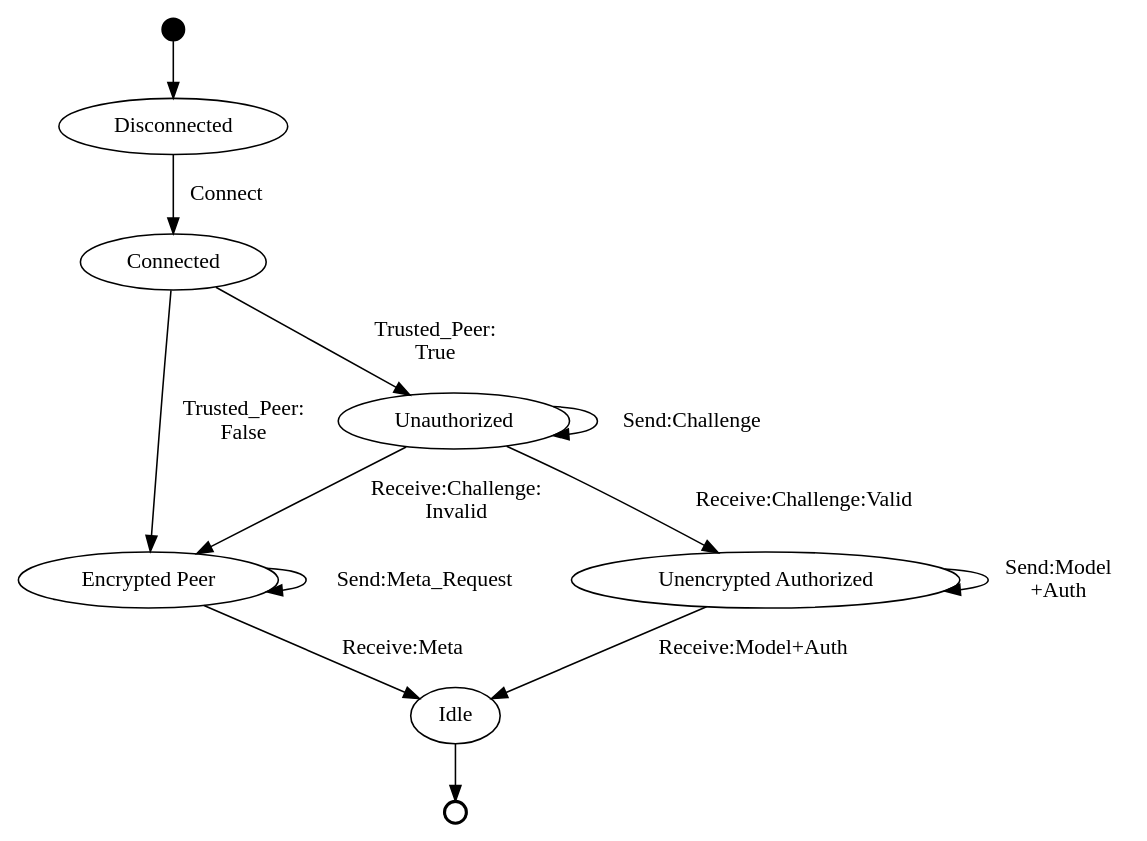
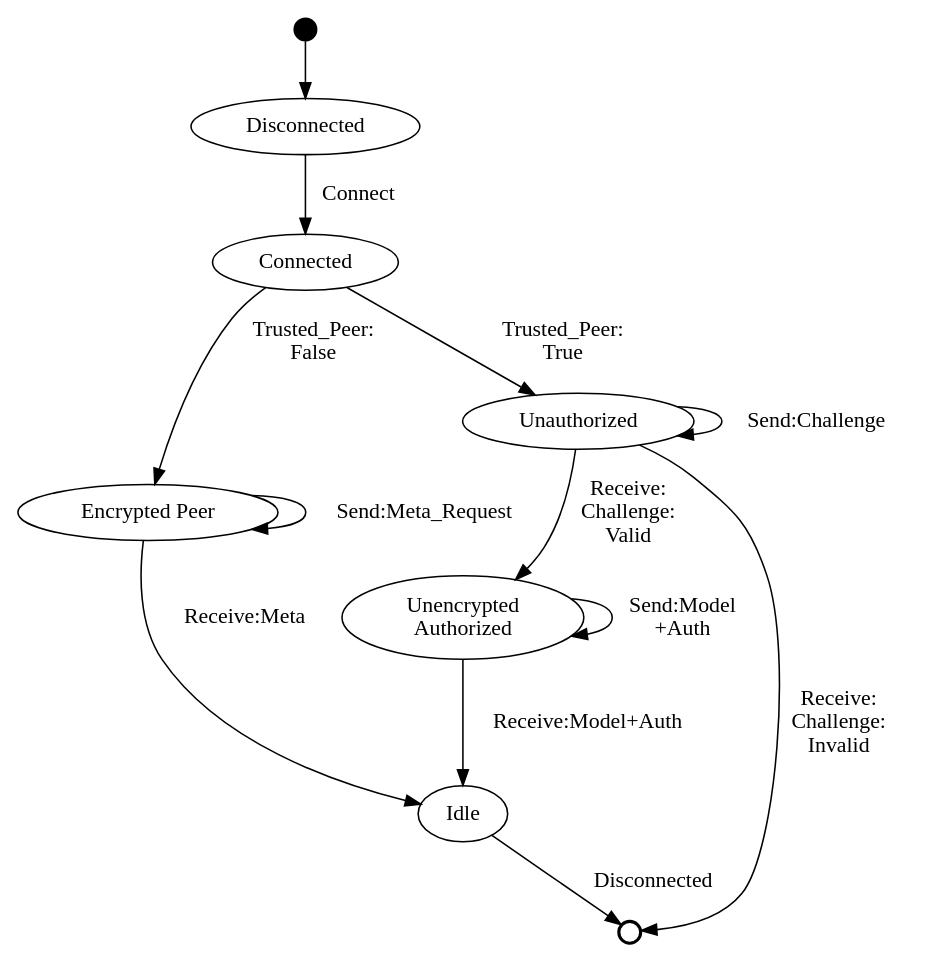
Before and after one commit to xamino/master_thesis: the diagram in graph/sm_peer_communications.dot, drawn with Graphviz. The commit also changed 5 other files, not shown here.

```diff
--- a/graph/sm_peer_communications.dot
+++ b/graph/sm_peer_communications.dot
@@ -1,24 +1,24 @@
 digraph statemachine {
     // label
     start [shape="point" width="0.2"];
     a [label="Disconnected"];
     conn [label="Connected"];
     epeer [label="Encrypted Peer"];
     c [label="Unauthorized"];
-    d [label="Unencrypted Authorized"];
+    d [label="Unencrypted\nAuthorized"];
     idle [label="Idle"];
     end [shape="circle" width="0.2" style="bold" label=""];
     // define
     start -> a;
     a -> conn [label=" Connect "];
     conn -> c [label=" Trusted_Peer:\nTrue "];
+    c -> end [label=" Receive:\nChallenge:\nInvalid "];
     c -> c [label=" Send:Challenge "];
-    c -> d [label=" Receive:Challenge:Valid "];
-    c -> epeer [label=" Receive:Challenge:\nInvalid "];
+    c -> d [label=" Receive:\nChallenge:\nValid "];
     d -> d [label=" Send:Model\n+Auth "];
     d -> idle [label=" Receive:Model+Auth "];
     conn -> epeer [label=" Trusted_Peer:\nFalse "];
     epeer -> epeer [label=" Send:Meta_Request "]
     epeer -> idle [label=" Receive:Meta "];
-    idle -> end;
+    idle -> end [label=" Disconnected "];
 }
```
